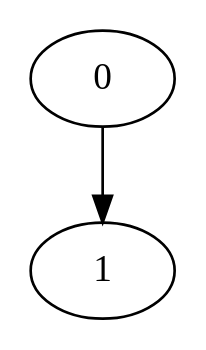
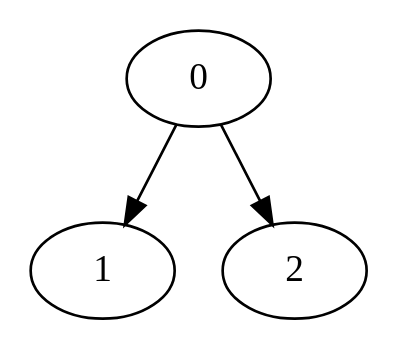
Before and after one commit to sleeepyskies/saarvive-selab23: the diagram in src/systemtest/resources/mapFiles/villageAndCountyNameSame.dot, drawn with Graphviz.

Commit message:
modified test so that villge and county name is the same

```diff
--- a/src/systemtest/resources/mapFiles/villageAndCountyNameSame.dot
+++ b/src/systemtest/resources/mapFiles/villageAndCountyNameSame.dot
@@ -1,7 +1,8 @@
 digraph Frankfurt_am_Main {
 	0;
 	1;
+	2;
 
-	0 -> 1 [village=Frankfurt_am_Main; name=Meadow_Way; heightLimit=4; weight=10; primaryType=mainStreet; secondaryType=tunnel;];
-
+	0 -> 1 [village=Frankfurt_am_Main; name=Meadow_Way; heightLimit=4; weight=10; primaryType=countyRoad; secondaryType=tunnel;];
+	0 -> 2 [village=Frankfurt_am_Main; name=Wowza_Road; heightLimit=4; weight=10; primaryType=mainStreet; secondaryType=tunnel;];
 }
```
